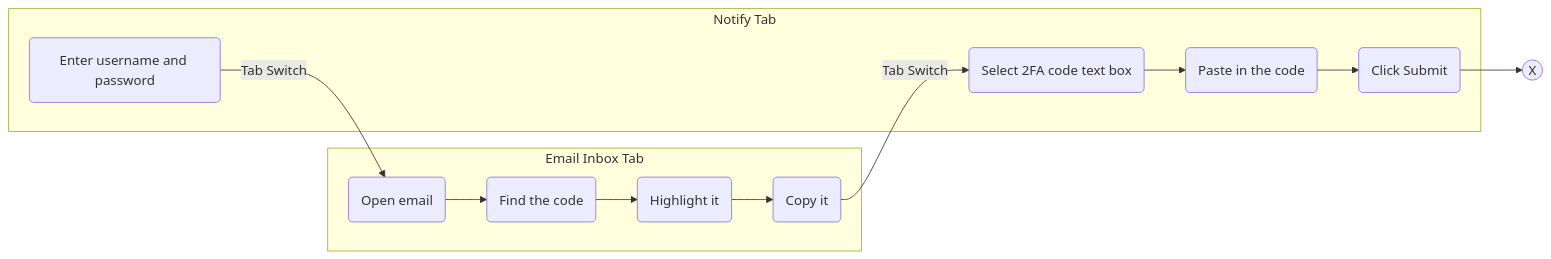
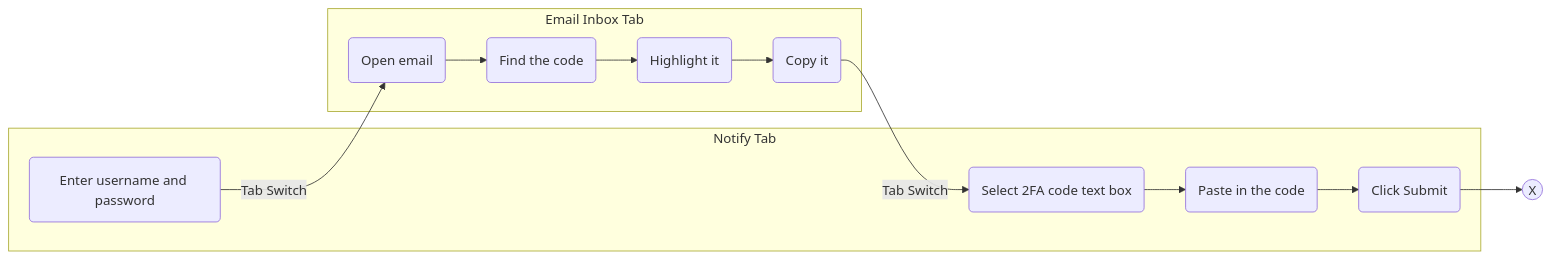
The first of 3 diagrams in records/2024-04-11.2FA-magic-link.md (cds-snc/notification-adr), drawn with Mermaid before and after one commit. The commit also changed other lines of this file, not shown here.

````diff
--- a/records/2024-04-11.2FA-magic-link.md
+++ b/records/2024-04-11.2FA-magic-link.md
@@ -27,14 +27,14 @@
 ```mermaid
 flowchart LR
+    subgraph Notify Tab
+        id0(Enter username and password)
+        id6(Select 2FA code text box)-->id7(Paste in the code)-->id8(Click Submit)
+    end
     subgraph Email Inbox Tab
         id1(Open email) --> id2(Find the code)--> id3(Highlight it)--> id4(Copy it)
-    end
-	subgraph Notify Tab
-        id0(Enter username and password)
-        id6(Select 2FA code text box)-->id7(Paste in the code)-->id8(Click Submit)
     end
     id0 --Tab Switch--> id1
     id4 --Tab Switch--> id6
     id8-->id9((X))
 
 ```
````
